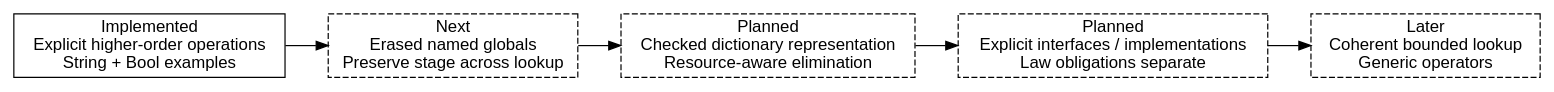
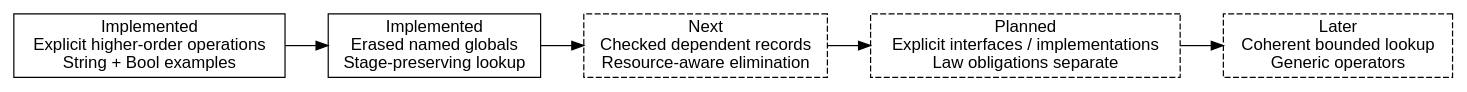
Before and after one commit to odunboye/fibril: the diagram in docs/diagrams/interfaces.dot, drawn with Graphviz. The commit also changed 9 other files, not shown here.

Commit message:
Preserve erased module globals across checked lookup and imports

```diff
--- a/docs/diagrams/interfaces.dot
+++ b/docs/diagrams/interfaces.dot
@@ -1,10 +1,10 @@
 digraph interfaces {
   rankdir=LR;
   node [shape=box, fontname="sans-serif"];
   operations [label="Implemented\nExplicit higher-order operations\nString + Bool examples"];
-  staging [label="Next\nErased named globals\nPreserve stage across lookup", style=dashed];
-  records [label="Planned\nChecked dictionary representation\nResource-aware elimination", style=dashed];
+  staging [label="Implemented\nErased named globals\nStage-preserving lookup"];
+  records [label="Next\nChecked dependent records\nResource-aware elimination", style=dashed];
   explicit [label="Planned\nExplicit interfaces / implementations\nLaw obligations separate", style=dashed];
   search [label="Later\nCoherent bounded lookup\nGeneric operators", style=dashed];
   operations -> staging -> records -> explicit -> search;
 }
```
